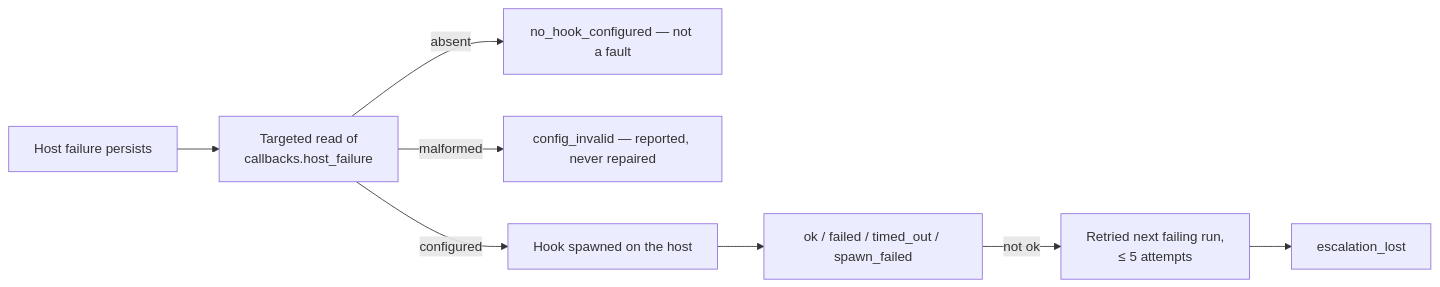
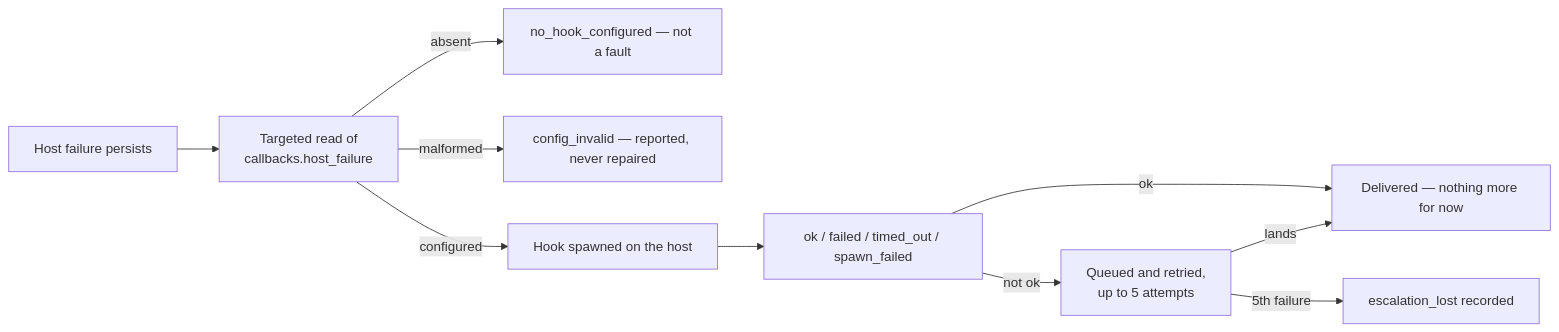
The third of 4 diagrams in docs/CALLBACKS.md (stSoftwareAU/VibeCoder), drawn with Mermaid before and after one commit. The commit also changed other lines of this file and 2 other files, not shown here.

````diff
--- a/docs/CALLBACKS.md
+++ b/docs/CALLBACKS.md
@@ -93,10 +93,12 @@
 ```mermaid
 flowchart LR
     F["Host failure persists"] --> R["Targeted read of<br/>callbacks.host_failure"]
     R -- absent --> N["no_hook_configured — not a fault"]
     R -- malformed --> E["config_invalid — reported, never repaired"]
     R -- configured --> I["Hook spawned on the host"]
     I --> O["ok / failed / timed_out / spawn_failed"]
-    O -- not ok --> Q["Retried next failing run,<br/>≤ 5 attempts"]
-    Q --> L["escalation_lost"]
+    O -- ok --> D["Delivered — nothing more for now"]
+    O -- not ok --> Q["Queued and retried,<br/>up to 5 attempts"]
+    Q -- lands --> D
+    Q -- 5th failure --> L["escalation_lost recorded"]
 ```
````
